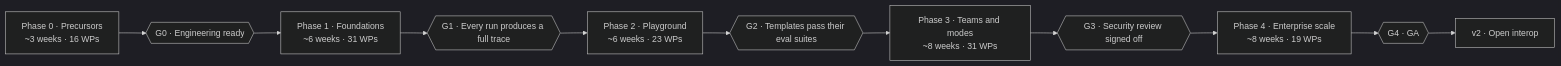
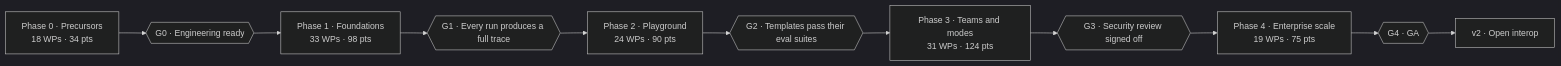
One commit to vikram2409-eng/Lanesra-OS changed the diagram in program/ROADMAP.md. Above: the diagram before and after it, drawn with Mermaid (dark theme). The commit also changed other lines of this file and 42 other files, not shown here.

````diff
--- a/program/ROADMAP.md
+++ b/program/ROADMAP.md
@@ -8,9 +9,9 @@
 ```mermaid
 flowchart LR
-  P0["Phase 0 · Precursors<br/>~3 weeks · 16 WPs"] --> G0{{"G0 · Engineering ready"}}
-  G0 --> P1["Phase 1 · Foundations<br/>~6 weeks · 31 WPs"] --> G1{{"G1 · Every run produces a full trace"}}
-  G1 --> P2["Phase 2 · Playground<br/>~6 weeks · 23 WPs"] --> G2{{"G2 · Templates pass their eval suites"}}
-  G2 --> P3["Phase 3 · Teams and modes<br/>~8 weeks · 31 WPs"] --> G3{{"G3 · Security review signed off"}}
-  G3 --> P4["Phase 4 · Enterprise scale<br/>~8 weeks · 19 WPs"] --> G4{{"G4 · GA"}}
+  P0["Phase 0 · Precursors<br/>18 WPs · 34 pts"] --> G0{{"G0 · Engineering ready"}}
+  G0 --> P1["Phase 1 · Foundations<br/>33 WPs · 98 pts"] --> G1{{"G1 · Every run produces a full trace"}}
+  G1 --> P2["Phase 2 · Playground<br/>24 WPs · 90 pts"] --> G2{{"G2 · Templates pass their eval suites"}}
+  G2 --> P3["Phase 3 · Teams and modes<br/>31 WPs · 124 pts"] --> G3{{"G3 · Security review signed off"}}
+  G3 --> P4["Phase 4 · Enterprise scale<br/>19 WPs · 75 pts"] --> G4{{"G4 · GA"}}
   G4 --> V2["v2 · Open interop"]
 ```
````
